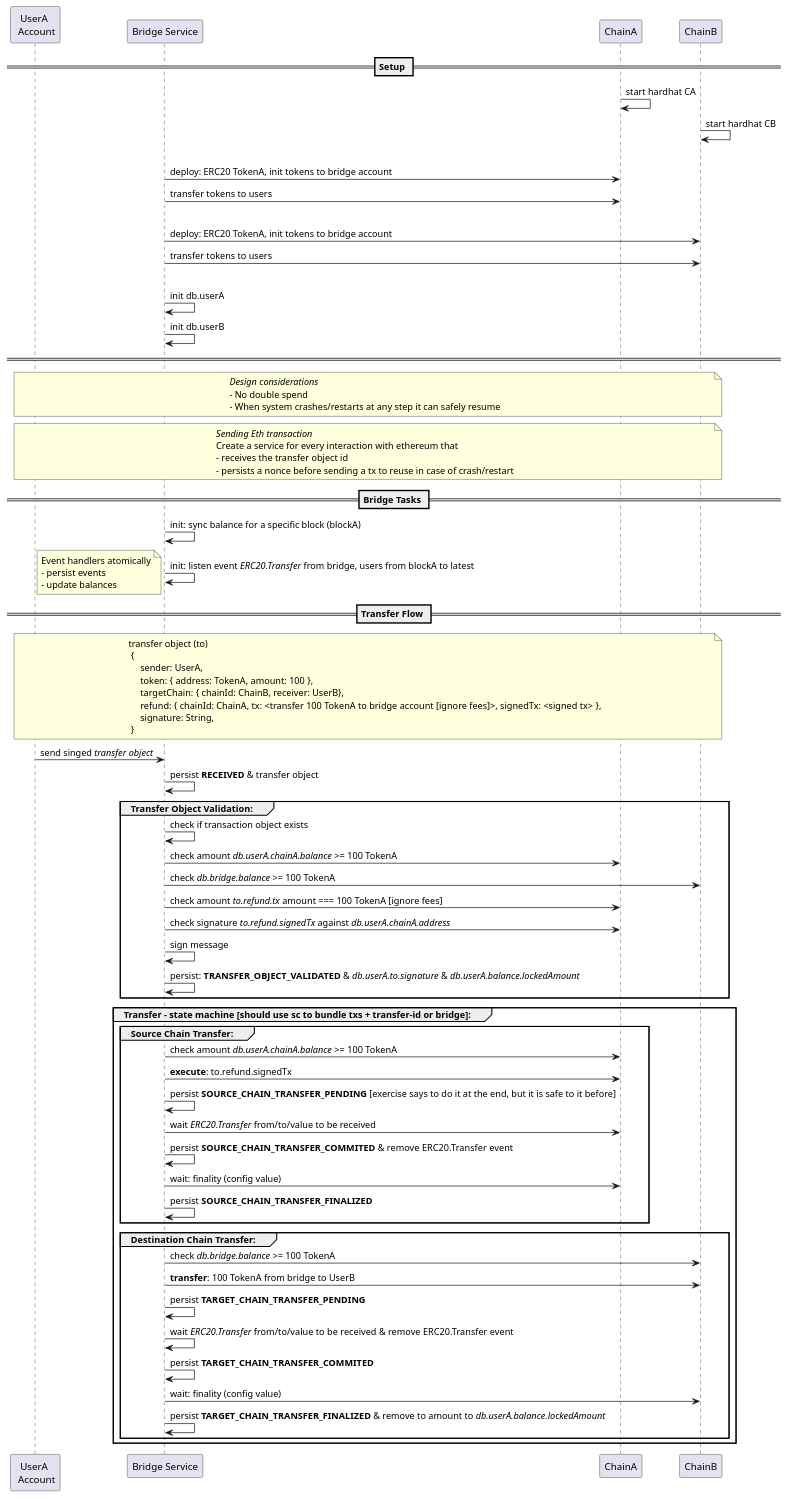
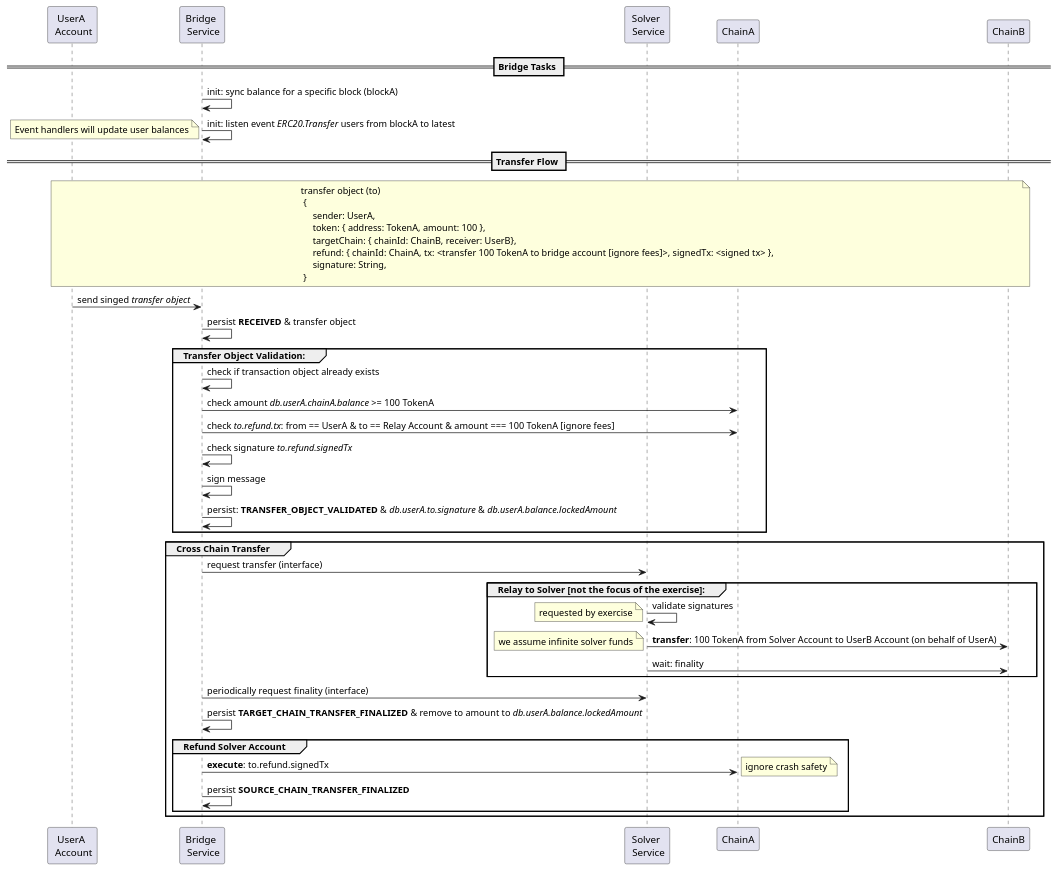
The diagram in docs/transfer-assets-flow.puml (nchondromatidis/evm-erc20-bridge), drawn with PlantUML before and after one commit.

Commit message:
changed system to design to align with requirements and be simpler to implement

```diff
--- a/docs/transfer-assets-flow.puml
+++ b/docs/transfer-assets-flow.puml
@@ -1,93 +1,62 @@
 @startuml
 participant "UserA \n Account" as UA
-participant "Bridge Service" as B
+participant "Bridge \n Service" as B
+participant "Solver \n Service" as S
 participant ChainA as CA
 participant ChainB as CB
 
-== Setup ==
-CA -> CA: start hardhat CA
-CB -> CB: start hardhat CB
-|||
-B -> CA: deploy: ERC20 TokenA, init tokens to bridge account
-B -> CA: transfer tokens to users
-|||
-B -> CB: deploy: ERC20 TokenA, init tokens to bridge account
-B -> CB: transfer tokens to users
-|||
-B -> B: init db.userA
-B -> B: init db.userB
-
-== ==
-note across
-//Design considerations//
-- No double spend
-- When system crashes/restarts at any step it can safely resume
-end note
-
-note across
-//Sending Eth transaction//
-Create a service for every interaction with ethereum that
-- receives the transfer object id
-- persists a nonce before sending a tx to reuse in case of crash/restart
-end note
-
 == Bridge Tasks ==
 B -> B: init: sync balance for a specific block (blockA)
-B -> B: init: listen event //ERC20.Transfer// from bridge, users from blockA to latest
+B -> B: init: listen event //ERC20.Transfer// users from blockA to latest
 note left
-Event handlers atomically
-- persist events
-- update balances
+Event handlers will update user balances
 end note
 
 
 == Transfer Flow ==
 note across
 transfer object (to)
  {
      sender: UserA,
      token: { address: TokenA, amount: 100 },
      targetChain: { chainId: ChainB, receiver: UserB},
      refund: { chainId: ChainA, tx: <transfer 100 TokenA to bridge account [ignore fees]>, signedTx: <signed tx> },
      signature: String,
  }
 end note
 
 UA -> B: send singed //transfer object//
 B -> B: persist **RECEIVED** & transfer object
 
 group Transfer Object Validation:
-B -> B : check if transaction object exists
+B -> B : check if transaction object already exists
 B -> CA: check amount //db.userA.chainA.balance// >= 100 TokenA
-B -> CB: check //db.bridge.balance// >= 100 TokenA
-B -> CA: check amount //to.refund.tx// amount === 100 TokenA [ignore fees]
-B -> CA: check signature //to.refund.signedTx// against //db.userA.chainA.address//
+B -> CA: check //to.refund.tx//: from == UserA & to == Relay Account & amount === 100 TokenA [ignore fees]
+B -> B: check signature //to.refund.signedTx//
 B -> B: sign message
 B -> B: persist: **TRANSFER_OBJECT_VALIDATED** & //db.userA.to.signature// & //db.userA.balance.lockedAmount//
 end
 
-group Transfer - state machine [should use sc to bundle txs + transfer-id or bridge]:
+group Cross Chain Transfer
+B -> S: request transfer (interface)
 
-group Source Chain Transfer:
-B -> CA: check amount //db.userA.chainA.balance// >= 100 TokenA
-B -> CA: **execute**: to.refund.signedTx
-B -> B: persist **SOURCE_CHAIN_TRANSFER_PENDING** [exercise says to do it at the end, but it is safe to it before]
-B -> CA: wait //ERC20.Transfer// from/to/value to be received
-B -> B: persist **SOURCE_CHAIN_TRANSFER_COMMITED** & remove ERC20.Transfer event
-B -> CA: wait: finality (config value)
-B -> B: persist **SOURCE_CHAIN_TRANSFER_FINALIZED**
+group Relay to Solver [not the focus of the exercise]:
+S -> S: validate signatures
+note left: requested by exercise
+S -> CB: **transfer**: 100 TokenA from Solver Account to UserB Account (on behalf of UserA)
+note left: we assume infinite solver funds
+S -> CB: wait: finality
 end
 
-group Destination Chain Transfer:
-B -> CB: check //db.bridge.balance// >= 100 TokenA
-B -> CB: **transfer**: 100 TokenA from bridge to UserB
-B -> B: persist **TARGET_CHAIN_TRANSFER_PENDING**
-B -> B: wait //ERC20.Transfer// from/to/value to be received & remove ERC20.Transfer event
-B -> B: persist **TARGET_CHAIN_TRANSFER_COMMITED**
-B -> CB: wait: finality (config value)
+B -> S: periodically request finality (interface)
 B -> B: persist **TARGET_CHAIN_TRANSFER_FINALIZED** & remove to amount to //db.userA.balance.lockedAmount//
+
+group Refund Solver Account
+B -> CA: **execute**: to.refund.signedTx
+note right: ignore crash safety
+B -> B: persist **SOURCE_CHAIN_TRANSFER_FINALIZED**
 end
 
 end
 
 @enduml
```
